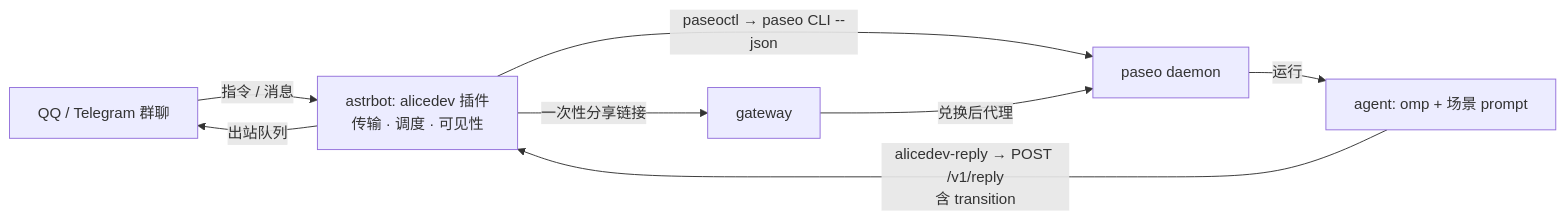
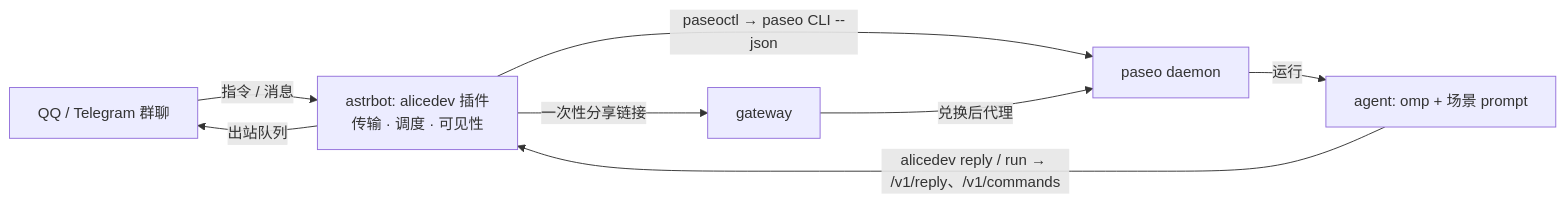
One commit to mouriya-s-lab/alicedev changed the diagram in README.md. Above: the diagram before and after it, drawn with Mermaid. The commit also changed other lines of this file and 2 other files, not shown here.

Commit message:
docs(architecture): agent-callable commands, alicedev CLI, steward contract

````diff
--- a/README.md
+++ b/README.md
@@ -5,10 +5,10 @@
 ```mermaid
 flowchart LR
   chat[QQ / Telegram 群聊] -->|指令 / 消息| bot[astrbot: alicedev 插件<br/>传输 · 调度 · 可见性]
   bot -->|paseoctl → paseo CLI --json| paseo[paseo daemon]
   paseo -->|运行| agent[agent: omp + 场景 prompt]
-  agent -->|alicedev-reply → POST /v1/reply<br/>含 transition| bot
+  agent -->|alicedev reply / run → /v1/reply、/v1/commands| bot
   bot -->|出站队列| chat
   bot -->|一次性分享链接| gateway[gateway]
   gateway -->|兑换后代理| paseo
 ```
````
